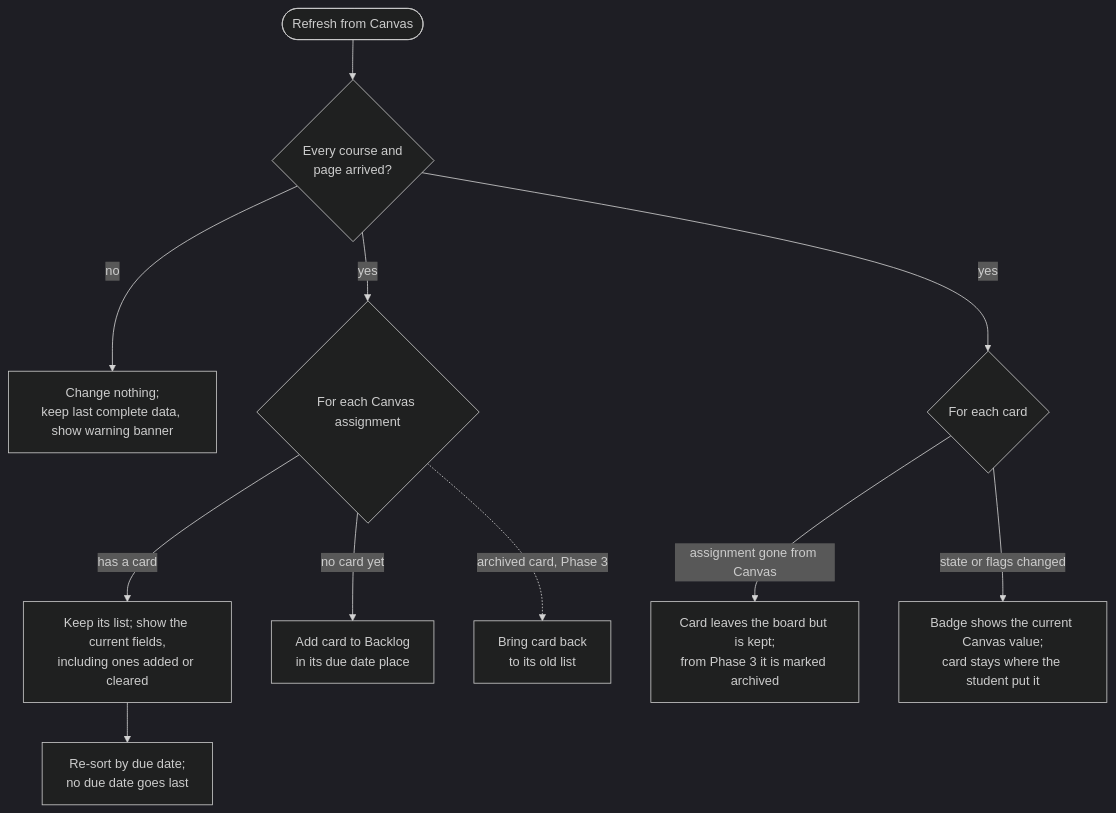
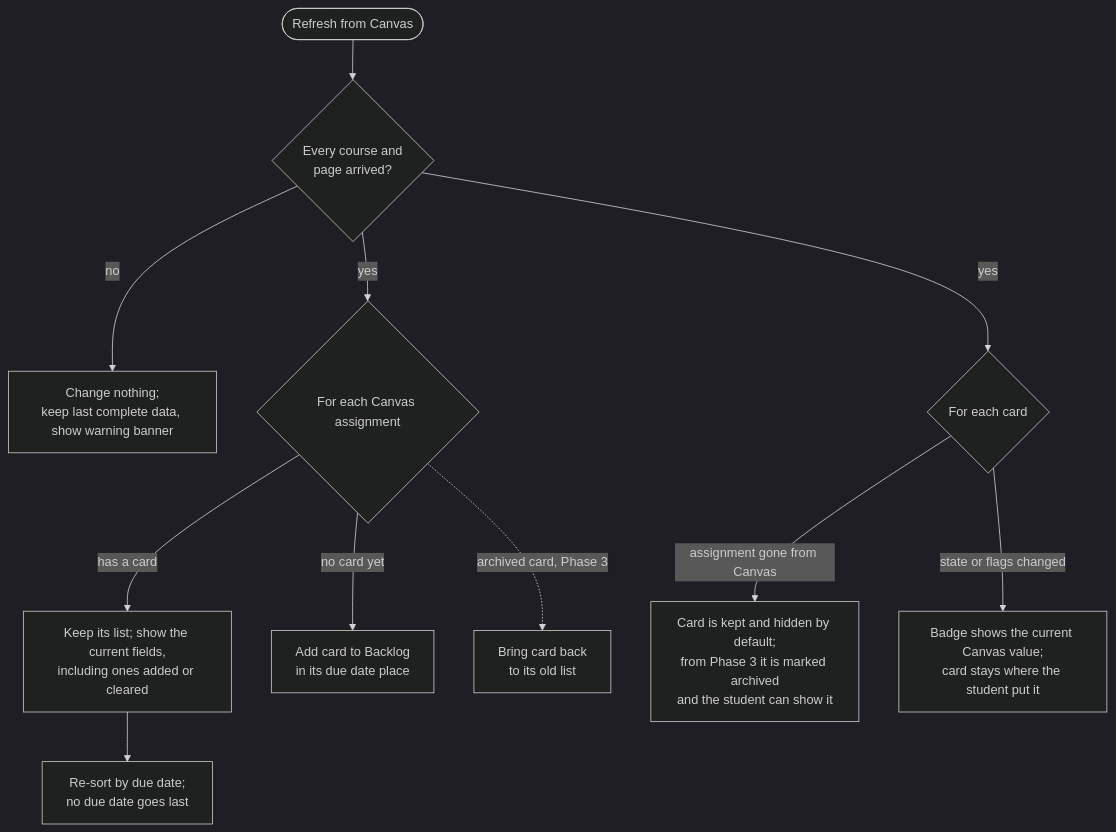
The sixth of 9 diagrams in docs/canvas-portal/04-ui-specification.md (bbranton/TestProj), drawn with Mermaid (dark theme) before and after one commit. The commit also changed other lines of this file, not shown here.

First line of the commit message:
UI spec: let students show cards removed from Canvas

````diff
--- a/docs/canvas-portal/04-ui-specification.md
+++ b/docs/canvas-portal/04-ui-specification.md
@@ -720,13 +733,13 @@
 ```mermaid
 flowchart TD
     A([Refresh from Canvas]) --> Z{Every course and<br/>page arrived?}
     Z -- no --> Y[Change nothing;<br/>keep last complete data, show warning banner]
     Z -- yes --> B{For each Canvas assignment}
     B -- has a card --> C[Keep its list; show the current fields,<br/>including ones added or cleared]
     C --> C2[Re-sort by due date;<br/>no due date goes last]
     B -- no card yet --> D[Add card to Backlog<br/>in its due date place]
     B -. archived card, Phase 3 .-> R[Bring card back<br/>to its old list]
     Z -- yes --> E{For each card}
-    E -- assignment gone from Canvas --> F[Card leaves the board but is kept;<br/>from Phase 3 it is marked archived]
+    E -- assignment gone from Canvas --> F[Card is kept and hidden by default;<br/>from Phase 3 it is marked archived<br/>and the student can show it]
     E -- state or flags changed --> G[Badge shows the current Canvas value;<br/>card stays where the student put it]
 ```
````
